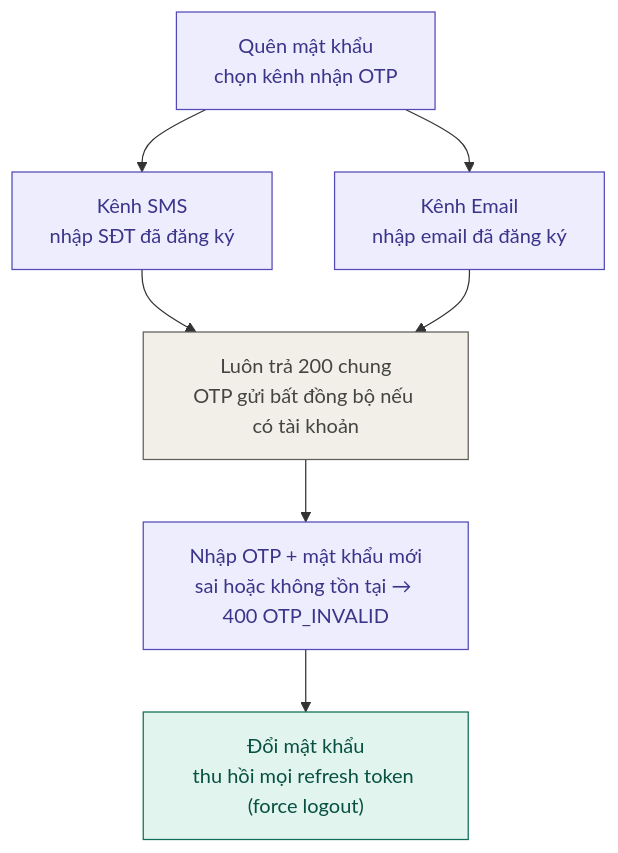
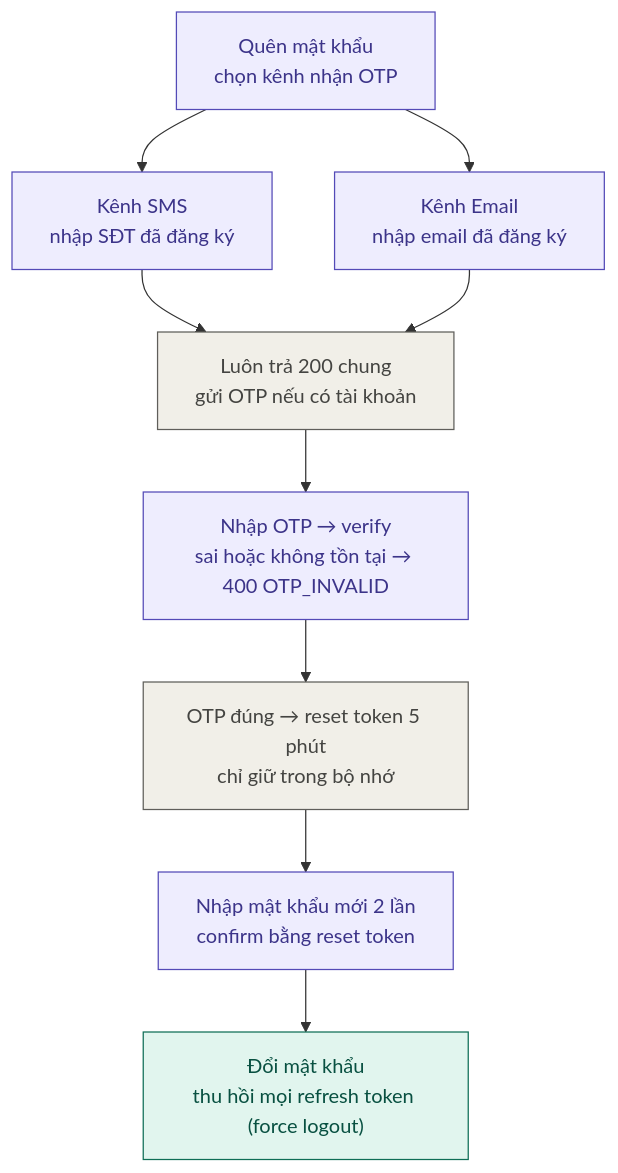
The fifth of 7 diagrams in docs/baseline/mvp-requirements-and-architecture.md (TNoLisme/cloude), drawn with Mermaid before and after one commit. The commit also changed other lines of this file and 32 other files, not shown here.

````diff
--- a/docs/baseline/mvp-requirements-and-architecture.md
+++ b/docs/baseline/mvp-requirements-and-architecture.md
@@ -232,16 +234,18 @@
 ```mermaid
 flowchart TD
     FG["Quên mật khẩu<br/>chọn kênh nhận OTP"] --> SMS["Kênh SMS<br/>nhập SĐT đã đăng ký"]
     FG --> EM["Kênh Email<br/>nhập email đã đăng ký"]
-    SMS --> GEN["Luôn trả 200 chung<br/>OTP gửi bất đồng bộ nếu có tài khoản"]
+    SMS --> GEN["Luôn trả 200 chung<br/>gửi OTP nếu có tài khoản"]
     EM --> GEN
-    GEN --> CF["Nhập OTP + mật khẩu mới<br/>sai hoặc không tồn tại → 400 OTP_INVALID"]
+    GEN --> VF["Nhập OTP → verify<br/>sai hoặc không tồn tại → 400 OTP_INVALID"]
+    VF --> TK["OTP đúng → reset token 5 phút<br/>chỉ giữ trong bộ nhớ"]
+    TK --> CF["Nhập mật khẩu mới 2 lần<br/>confirm bằng reset token"]
     CF --> RS["Đổi mật khẩu<br/>thu hồi mọi refresh token (force logout)"]
 
     classDef customer fill:#EEEDFE,stroke:#534AB7,color:#3C3489
     classDef done fill:#E1F5EE,stroke:#0F6E56,color:#085041
     classDef system fill:#F1EFE8,stroke:#5F5E5A,color:#444441
-    class FG,SMS,EM,CF customer
+    class FG,SMS,EM,VF,CF customer
     class RS done
-    class GEN system
+    class GEN,TK system
 ```
````
